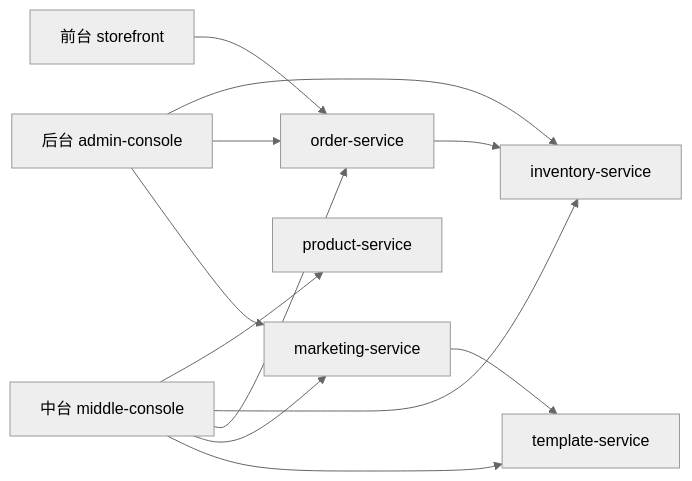
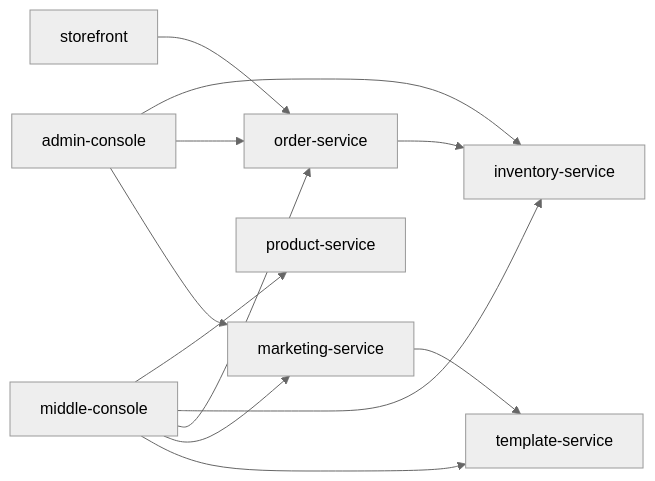
One commit to Show-Demo/wujie-ecommerce-demo changed the diagram in ARCHITECTURE_GUIDE.md. Above: the diagram before and after it, drawn with Mermaid (neutral theme). The commit also changed other lines of this file and 1 other file, not shown here.

````diff
--- a/ARCHITECTURE_GUIDE.md
+++ b/ARCHITECTURE_GUIDE.md
@@ -49,14 +96,14 @@
 ```mermaid
 flowchart LR
-  SF["前台 storefront"] --> OS["order-service"]
-  AC["后台 admin-console"] --> IS["inventory-service"]
+  SF["storefront"] --> OS["order-service"]
+  AC["admin-console"] --> IS["inventory-service"]
   AC --> OS
   AC --> MS["marketing-service"]
-  MC["中台 middle-console"] --> PS["product-service"]
+  MC["middle-console"] --> PS["product-service"]
   MC --> IS
   MC --> OS
   MC --> MS
   MC --> TS["template-service"]
   OS --> IS
   MS --> TS
 ```
````
